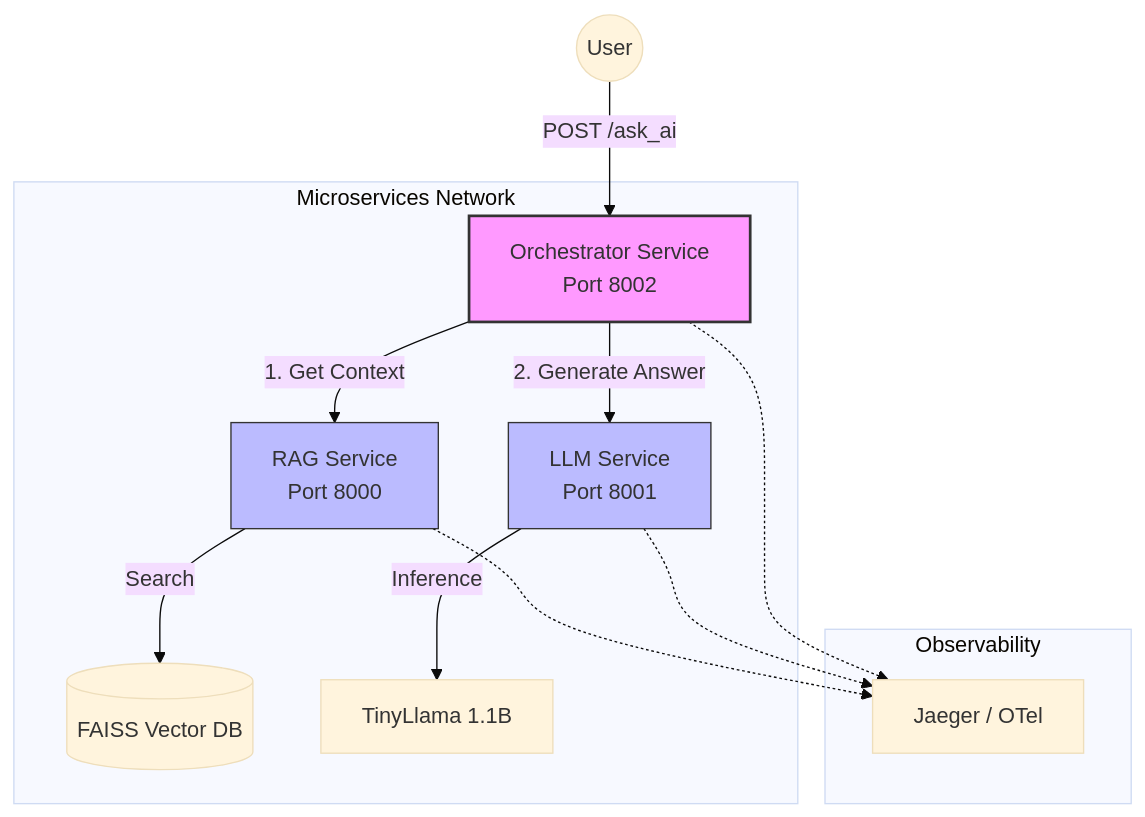
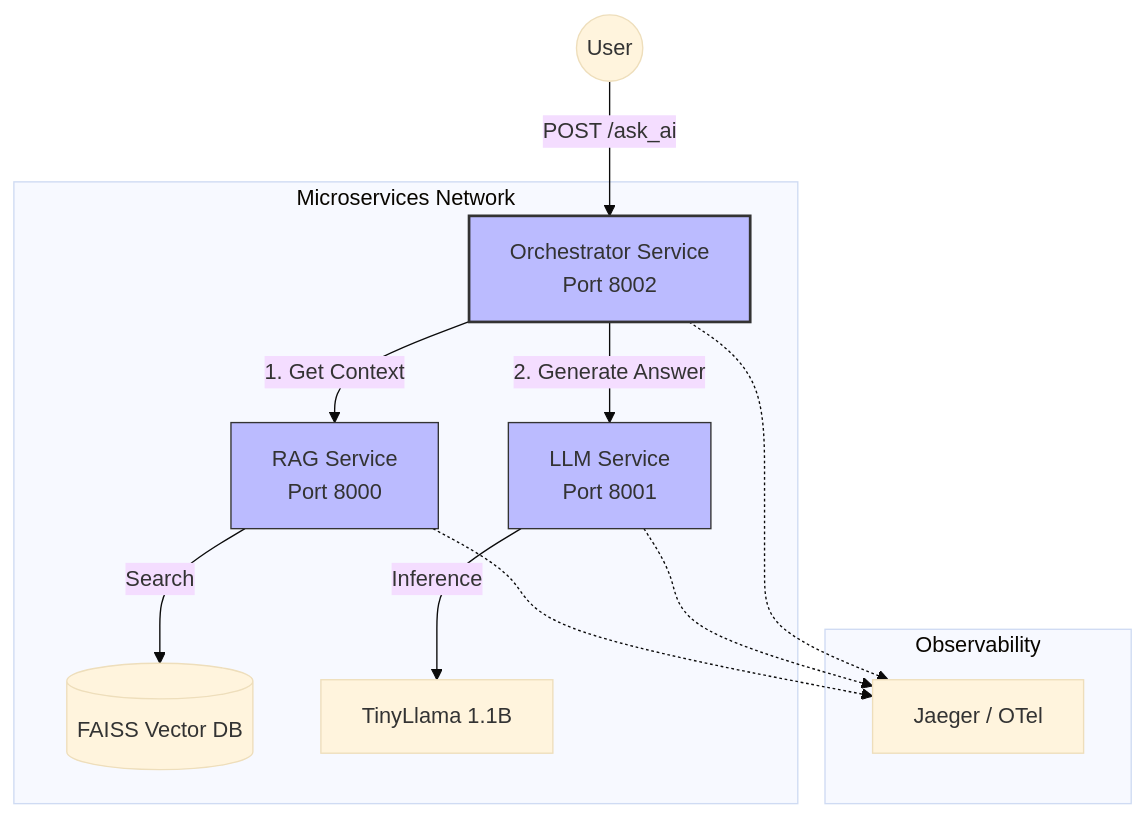
The diagram in README.md (EMarc2023/RAG_LLM_microservices), drawn with Mermaid (base theme) before and after one commit.

Commit message:
Changed color scheme on mermaid diagram

````diff
--- a/README.md
+++ b/README.md
@@ -37,22 +37,22 @@
 ```mermaid
 graph TD
     User((User)) -->|POST /ask_ai| Orch[Orchestrator Service<br/>Port 8002]
     
     subgraph "Microservices Network"
         Orch -->|1. Get Context| RAG[RAG Service<br/>Port 8000]
         RAG -->|Search| FAISS[(FAISS Vector DB)]
         
         Orch -->|2. Generate Answer| LLM[LLM Service<br/>Port 8001]
         LLM -->|Inference| TinyLlama[TinyLlama 1.1B]
     end
 
     subgraph "Observability"
         RAG -.-> Jaeger[Jaeger / OTel]
         LLM -.-> Jaeger
         Orch -.-> Jaeger
     end
 
-    style Orch fill:#f9f,stroke:#333,stroke-width:2px
+    style Orch fill:#bbf,stroke:#333,stroke-width:2px
     style RAG fill:#bbf,stroke:#333
     style LLM fill:#bbf,stroke:#333
 ```
````
